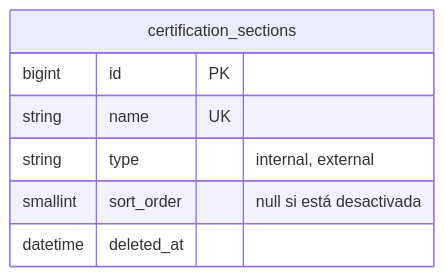
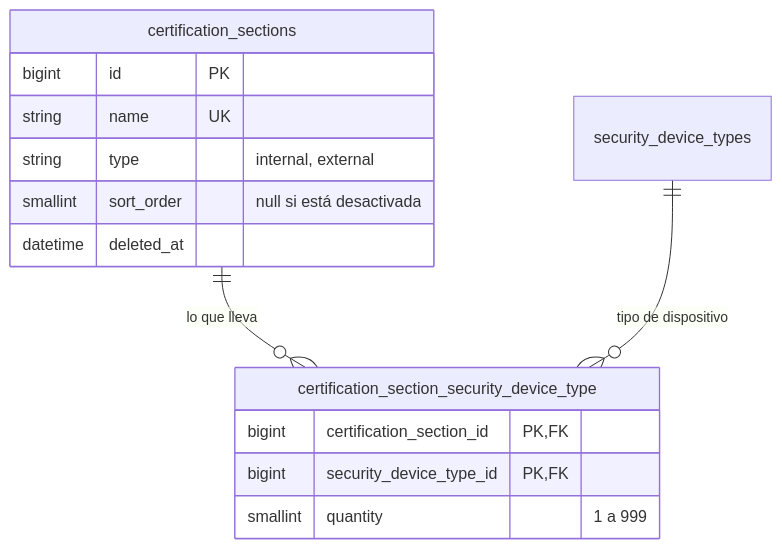
The fourth of 6 diagrams in docs/database.md (Cerati1998/SIGLA-TOS), drawn with Mermaid before and after one commit. The commit also changed other lines of this file and 2 other files, not shown here.

````diff
--- a/docs/database.md
+++ b/docs/database.md
@@ -180,10 +181,18 @@
 ```mermaid
 erDiagram
+  certification_sections ||--o{ certification_section_security_device_type : "lo que lleva"
+  security_device_types ||--o{ certification_section_security_device_type : "tipo de dispositivo"
+
   certification_sections {
     bigint id PK
     string name UK
     string type "internal, external"
     smallint sort_order "null si está desactivada"
     datetime deleted_at
   }
+  certification_section_security_device_type {
+    bigint certification_section_id PK, FK
+    bigint security_device_type_id PK, FK
+    smallint quantity "1 a 999"
+  }
 ```
````
